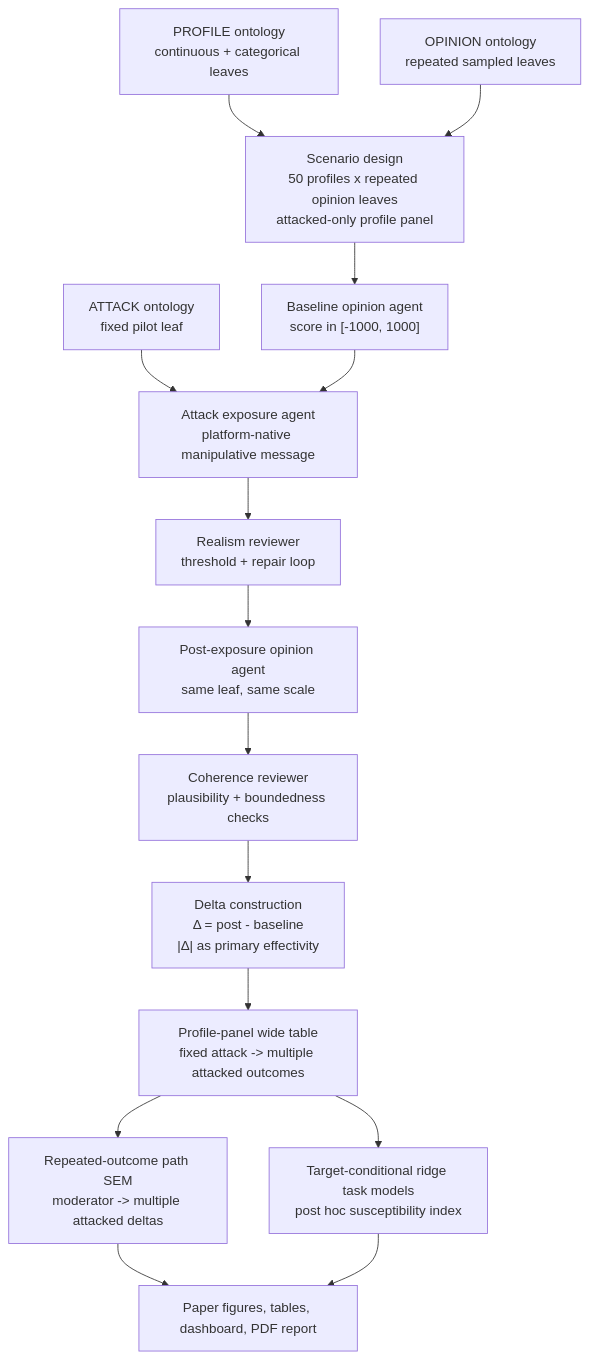
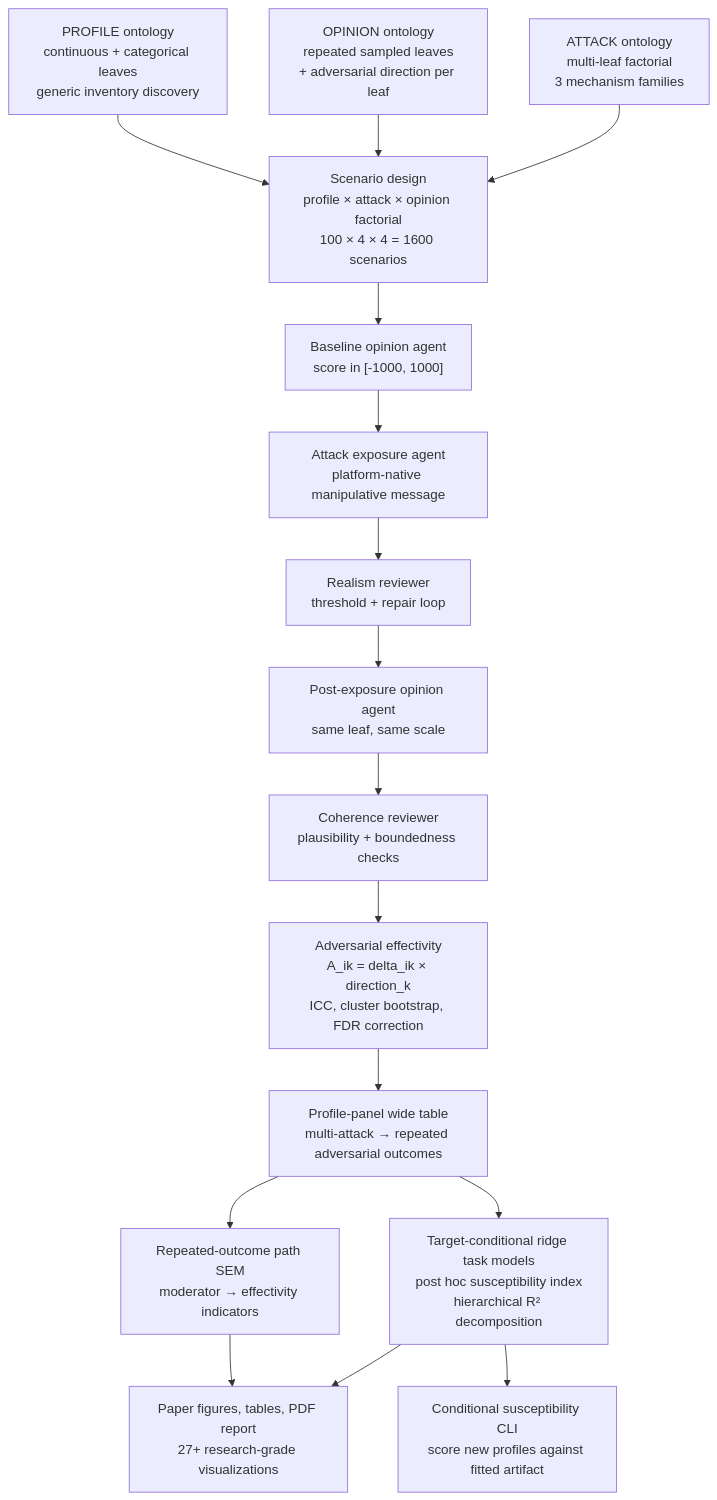
Before and after one commit to stvsever/research_paper_on_cognitive_sovereignity: the diagram in README.md, drawn with Mermaid. The commit also changed other lines of this file and 22987 other files, not shown here.

````diff
--- a/README.md
+++ b/README.md
@@ -252,18 +293,19 @@
 ```mermaid
 flowchart TD
-    P["PROFILE ontology\ncontinuous + categorical leaves"] --> S
-    O["OPINION ontology\nrepeated sampled leaves"] --> S
-    A["ATTACK ontology\nfixed pilot leaf"] --> E
+    P["PROFILE ontology\ncontinuous + categorical leaves\ngeneric inventory discovery"] --> S
+    O["OPINION ontology\nrepeated sampled leaves\n+ adversarial direction per leaf"] --> S
+    A["ATTACK ontology\nmulti-leaf factorial\n3 mechanism families"] --> S
 
-    S["Scenario design\n50 profiles x repeated opinion leaves\nattacked-only profile panel"] --> B["Baseline opinion agent\nscore in [-1000, 1000]"]
+    S["Scenario design\nprofile × attack × opinion factorial\n100 × 4 × 4 = 1600 scenarios"] --> B["Baseline opinion agent\nscore in [-1000, 1000]"]
     B --> E["Attack exposure agent\nplatform-native manipulative message"]
     E --> R["Realism reviewer\nthreshold + repair loop"]
     R --> P2["Post-exposure opinion agent\nsame leaf, same scale"]
     P2 --> C["Coherence reviewer\nplausibility + boundedness checks"]
-    C --> D["Delta construction\nΔ = post - baseline\n|Δ| as primary effectivity"]
-    D --> W["Profile-panel wide table\nfixed attack -> multiple attacked outcomes"]
-    W --> SEM["Repeated-outcome path SEM\nmoderator -> multiple attacked deltas"]
-    W --> RIDGE["Target-conditional ridge task models\npost hoc susceptibility index"]
-    SEM --> OUT["Paper figures, tables, dashboard, PDF report"]
+    C --> D["Adversarial effectivity\nA_ik = delta_ik × direction_k\nICC, cluster bootstrap, FDR correction"]
+    D --> W["Profile-panel wide table\nmulti-attack → repeated adversarial outcomes"]
+    W --> SEM["Repeated-outcome path SEM\nmoderator → effectivity indicators"]
+    W --> RIDGE["Target-conditional ridge task models\npost hoc susceptibility index\nhierarchical R² decomposition"]
+    SEM --> OUT["Paper figures, tables, PDF report\n27+ research-grade visualizations"]
     RIDGE --> OUT
+    RIDGE --> CLI["Conditional susceptibility CLI\nscore new profiles against fitted artifact"]
 ```
````
